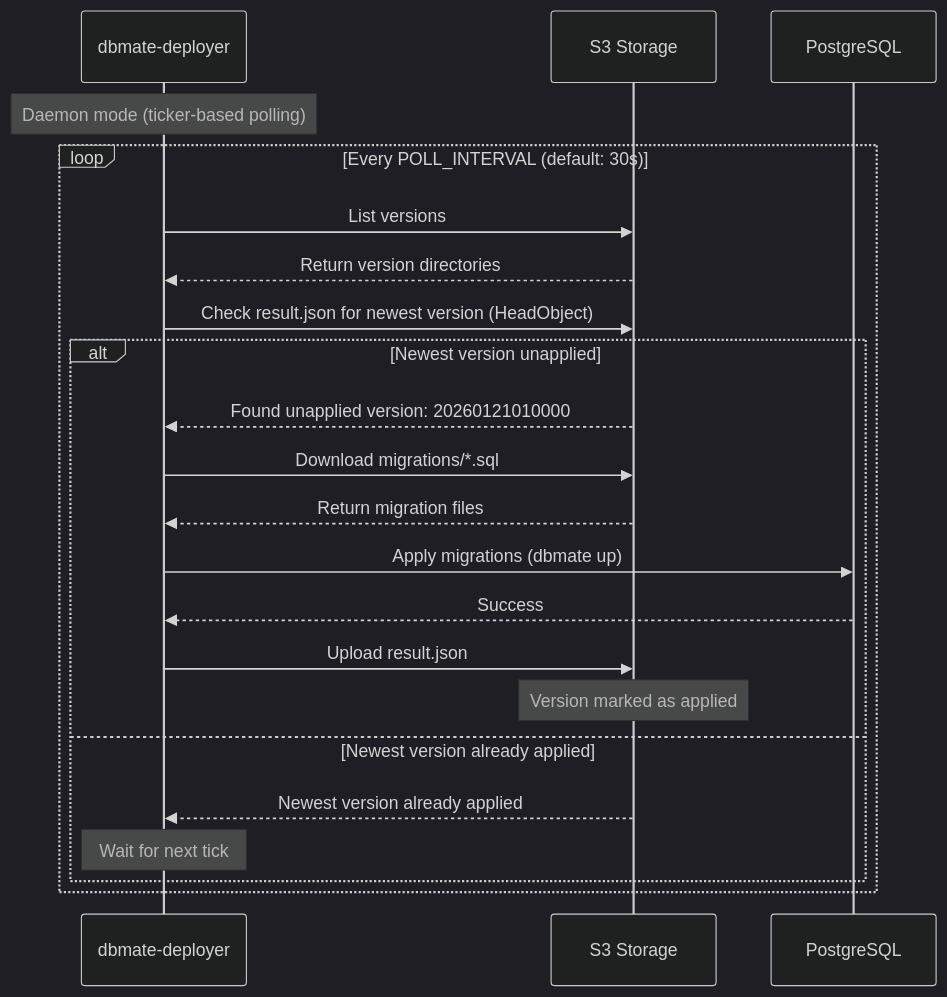
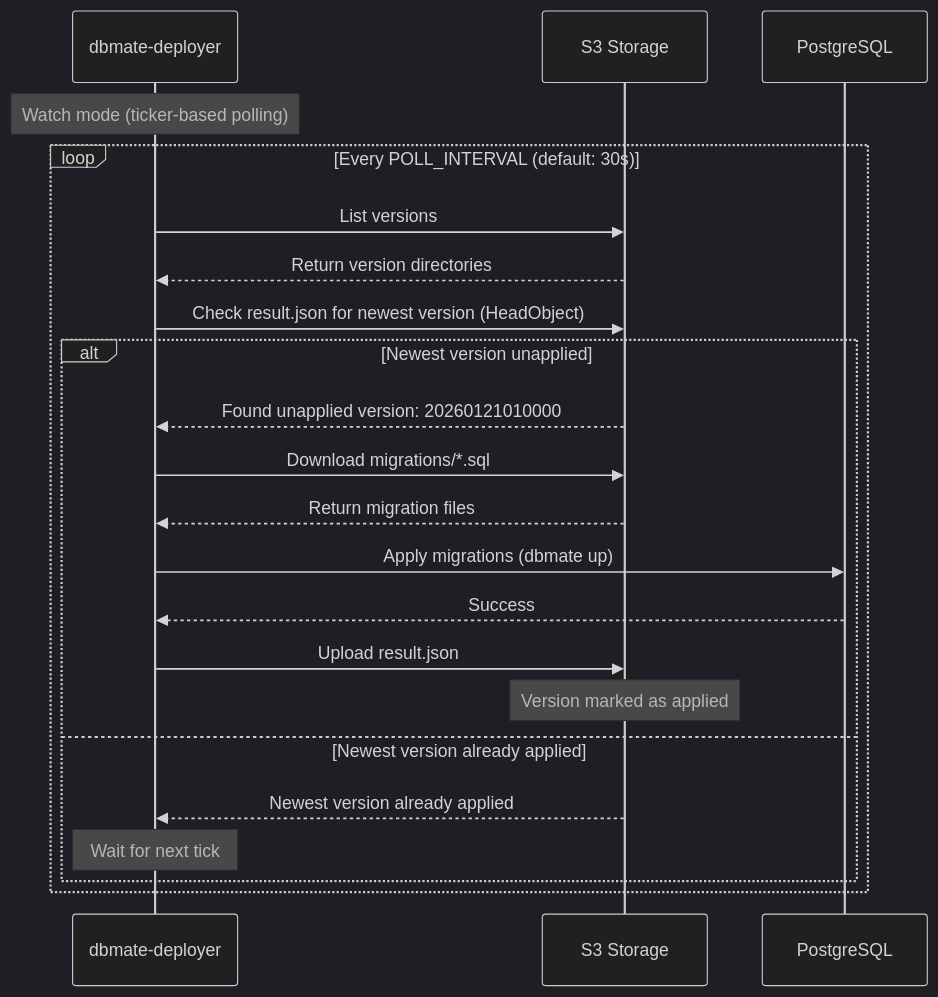
The second of 2 diagrams in README.md (tokuhirom/dbmate-s3-docker), drawn with Mermaid (dark theme) before and after one commit. The commit also changed other lines of this file and 2 other files, not shown here.

Commit message:
refactor: Rename daemon subcommand to watch
- Rename internal/daemon package to internal/watch
- Rename DaemonCmd to WatchCmd in CLI
- Remove default subcommand designation (was default:"1")
- Update README.md with new command name and terminology
- The watch command better describes the behavior of continuously
  monitoring S3 for new migrations

````diff
--- a/README.md
+++ b/README.md
@@ -52,27 +52,27 @@
 ```mermaid
 sequenceDiagram
-    participant Daemon as dbmate-deployer
+    participant Watcher as dbmate-deployer
     participant S3 as S3 Storage
     participant DB as PostgreSQL
 
-    Note over Daemon: Daemon mode (ticker-based polling)
+    Note over Watcher: Watch mode (ticker-based polling)
 
     loop Every POLL_INTERVAL (default: 30s)
-        Daemon->>S3: List versions
-        S3-->>Daemon: Return version directories
-        Daemon->>S3: Check result.json for newest version (HeadObject)
+        Watcher->>S3: List versions
+        S3-->>Watcher: Return version directories
+        Watcher->>S3: Check result.json for newest version (HeadObject)
 
         alt Newest version unapplied
-            S3-->>Daemon: Found unapplied version: 20260121010000
-            Daemon->>S3: Download migrations/*.sql
-            S3-->>Daemon: Return migration files
-            Daemon->>DB: Apply migrations (dbmate up)
-            DB-->>Daemon: Success
-            Daemon->>S3: Upload result.json
+            S3-->>Watcher: Found unapplied version: 20260121010000
+            Watcher->>S3: Download migrations/*.sql
+            S3-->>Watcher: Return migration files
+            Watcher->>DB: Apply migrations (dbmate up)
+            DB-->>Watcher: Success
+            Watcher->>S3: Upload result.json
             Note over S3: Version marked as applied
         else Newest version already applied
-            S3-->>Daemon: Newest version already applied
-            Note over Daemon: Wait for next tick
+            S3-->>Watcher: Newest version already applied
+            Note over Watcher: Wait for next tick
         end
     end
 ```
````
